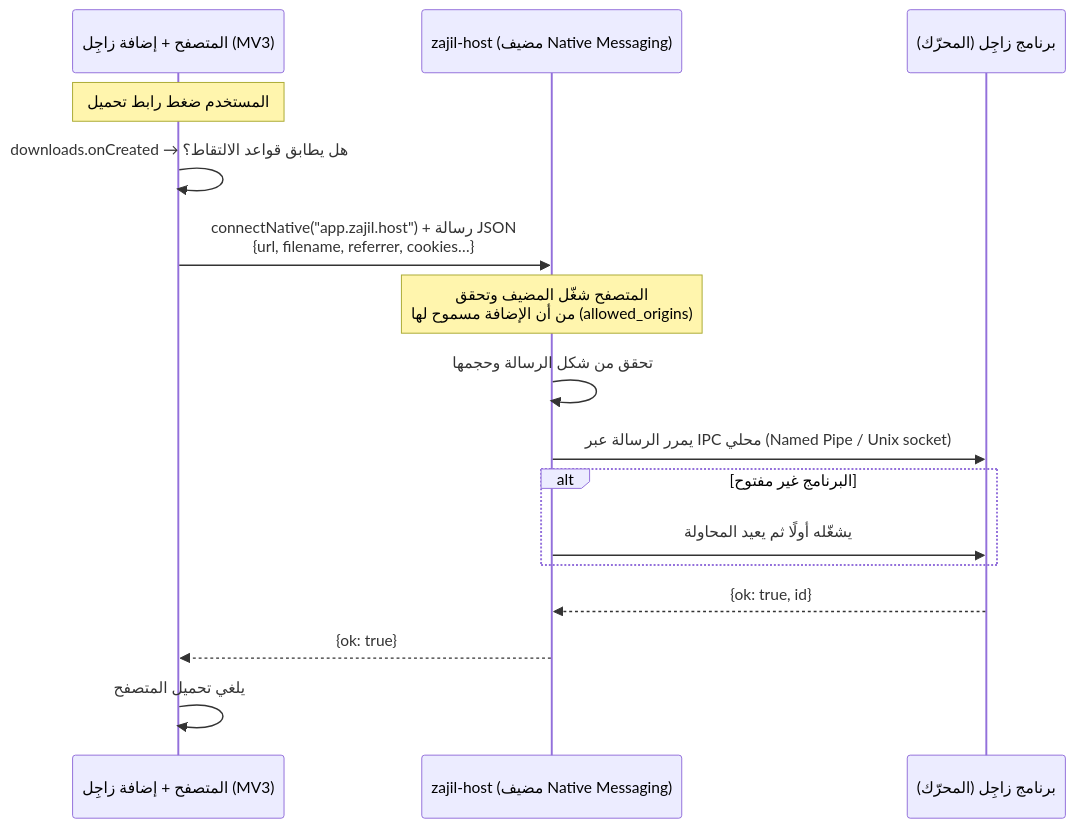
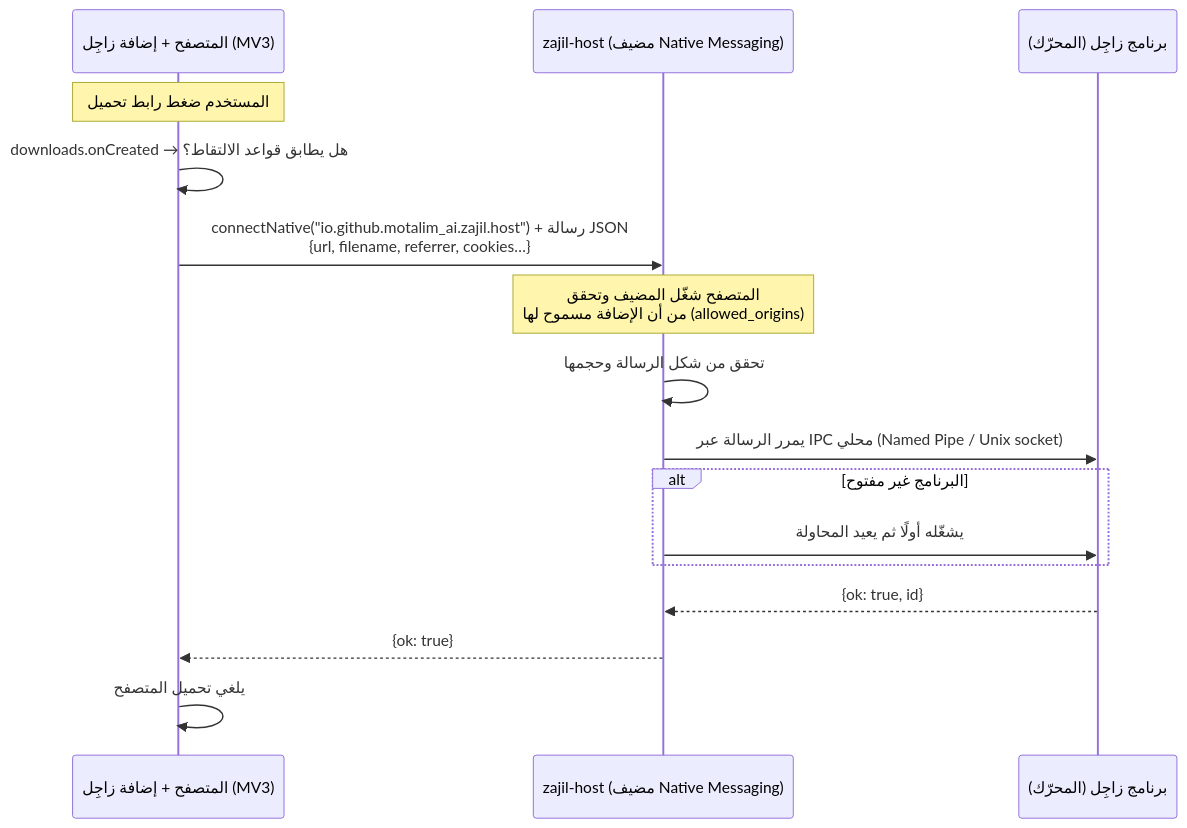
One commit to motalim-ai/zajil-download-manager changed the third of 3 diagrams in docs/ARCHITECTURE.md. Above: the diagram before and after it, drawn with Mermaid. The commit also changed other lines of this file and 11 other files, not shown here.

````diff
--- a/docs/ARCHITECTURE.md
+++ b/docs/ARCHITECTURE.md
@@ -111,19 +111,19 @@
 ```mermaid
 sequenceDiagram
     participant B as المتصفح + إضافة زاجِل (MV3)
     participant H as zajil-host (مضيف Native Messaging)
     participant A as برنامج زاجِل (المحرّك)
 
     Note over B: المستخدم ضغط رابط تحميل
     B->>B: downloads.onCreated → هل يطابق قواعد الالتقاط؟
-    B->>H: connectNative("app.zajil.host") + رسالة JSON<br/>{url, filename, referrer, cookies…}
+    B->>H: connectNative("io.github.motalim_ai.zajil.host") + رسالة JSON<br/>{url, filename, referrer, cookies…}
     Note over H: المتصفح شغّل المضيف وتحقق<br/>من أن الإضافة مسموح لها (allowed_origins)
     H->>H: تحقق من شكل الرسالة وحجمها
     H->>A: يمرر الرسالة عبر IPC محلي (Named Pipe / Unix socket)
     alt البرنامج غير مفتوح
         H->>A: يشغّله أولًا ثم يعيد المحاولة
     end
     A-->>H: {ok: true, id}
     H-->>B: {ok: true}
     B->>B: يلغي تحميل المتصفح
 ```
````
